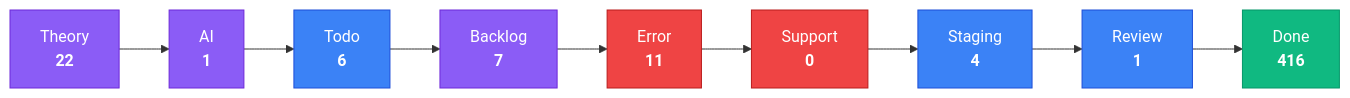
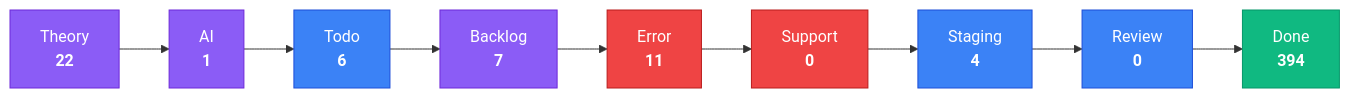
One commit to KBVE/kbve changed the third of 4 diagrams in apps/kbve/astro-kbve/src/content/docs/dashboard/kanban-data.mdx. Above: the diagram before and after it, drawn with Mermaid. The commit also changed other lines of this file and 7 other files, not shown here.

````diff
--- a/apps/kbve/astro-kbve/src/content/docs/dashboard/kanban-data.mdx
+++ b/apps/kbve/astro-kbve/src/content/docs/dashboard/kanban-data.mdx
@@ -80,28 +79,28 @@
 ```mermaid
 flowchart LR
     classDef planning fill:#8b5cf6,stroke:#6d28d9,color:#fff
     classDef active fill:#3b82f6,stroke:#1d4ed8,color:#fff
     classDef blocked fill:#ef4444,stroke:#b91c1c,color:#fff
     classDef done fill:#10b981,stroke:#059669,color:#fff
     Theory["Theory<br/><strong>22</strong>"]
     Theory --> AI
     AI["AI<br/><strong>1</strong>"]
     AI --> Todo
     Todo["Todo<br/><strong>6</strong>"]
     Todo --> Backlog
     Backlog["Backlog<br/><strong>7</strong>"]
     Backlog --> Error
     Error["Error<br/><strong>11</strong>"]
     Error --> Support
     Support["Support<br/><strong>0</strong>"]
     Support --> Staging
     Staging["Staging<br/><strong>4</strong>"]
     Staging --> Review
-    Review["Review<br/><strong>1</strong>"]
+    Review["Review<br/><strong>0</strong>"]
     Review --> Done
-    Done["Done<br/><strong>416</strong>"]
+    Done["Done<br/><strong>394</strong>"]
     class Theory,AI,Backlog planning
     class Todo,Staging,Review active
     class Error,Support blocked
     class Done done
 ```
````
